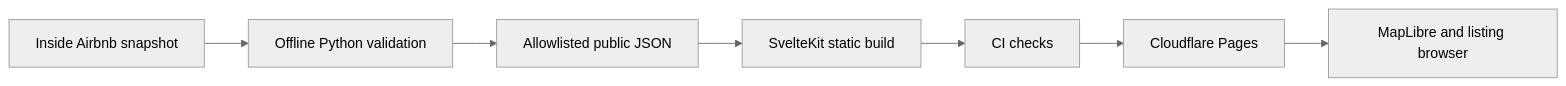
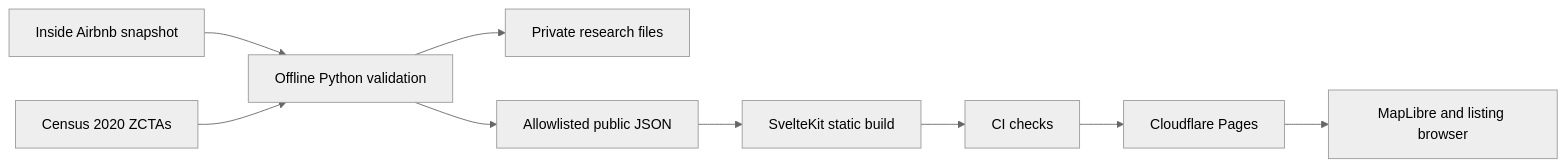
One commit to kenner1-unlv/vegas-str-ml changed the diagram in README.md. Above: the diagram before and after it, drawn with Mermaid (neutral theme). The commit also changed other lines of this file and 2 other files, not shown here.

Commit message:
Link ZIP research portfolio trail to PR #10 and hosted validation

````diff
--- a/README.md
+++ b/README.md
@@ -42,9 +42,11 @@
 ```mermaid
 flowchart LR
   A[Inside Airbnb snapshot] --> B[Offline Python validation]
+  H[Census 2020 ZCTAs] --> B
+  B --> R[Private research files]
   B --> C[Allowlisted public JSON]
   C --> D[SvelteKit static build]
   D --> E[CI checks]
   E --> F[Cloudflare Pages]
   F --> G[MapLibre and listing browser]
 ```
````
